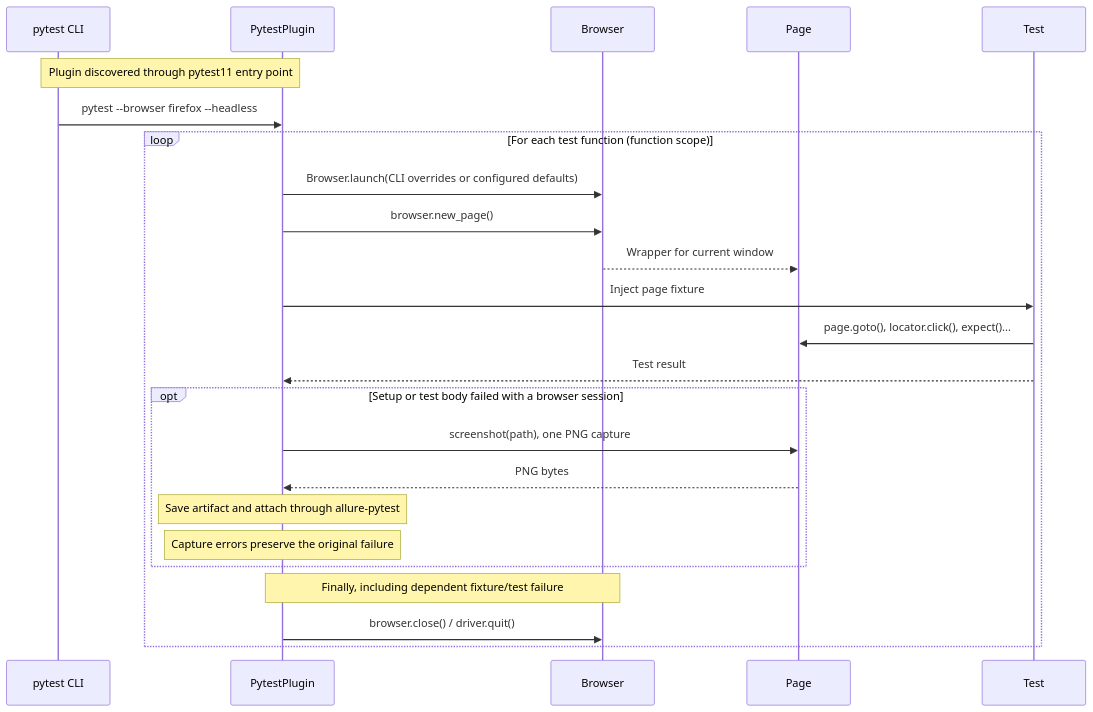
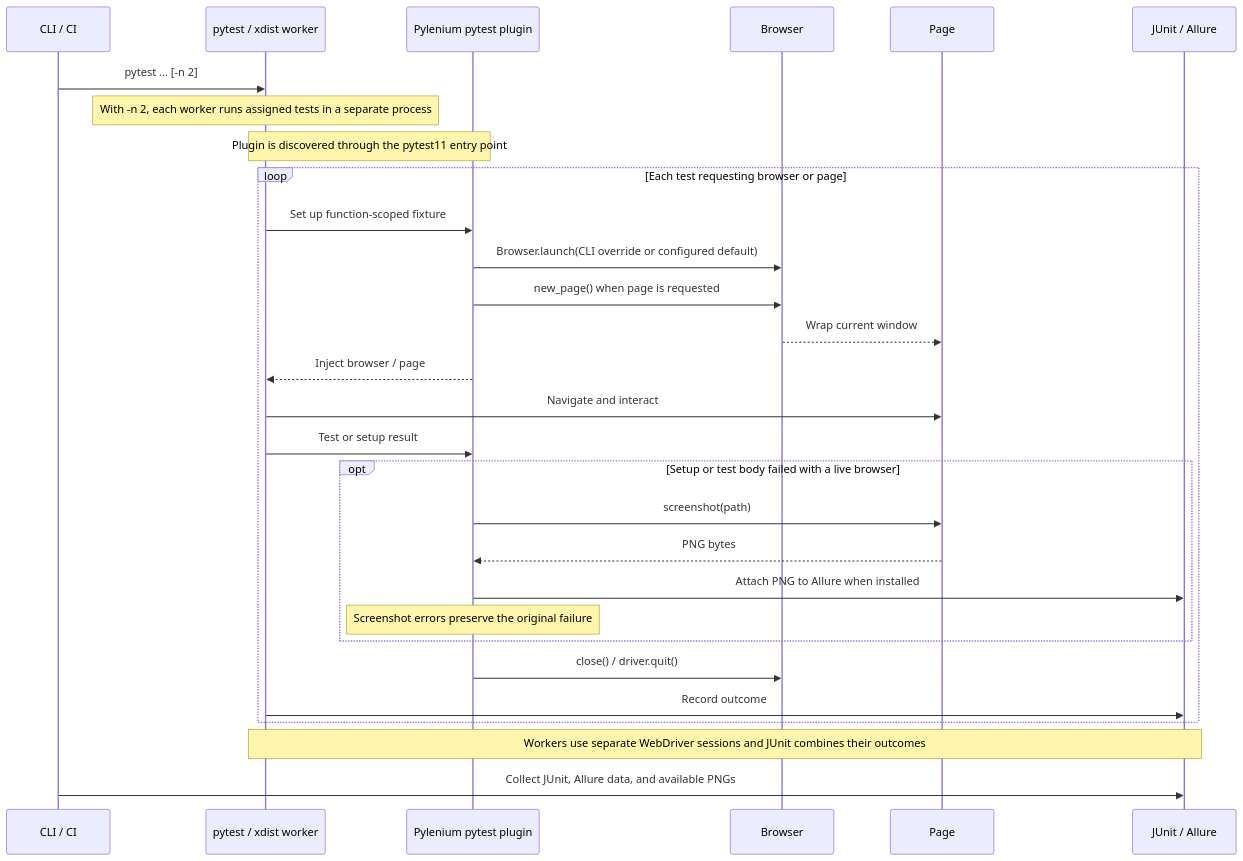
One commit to AGDthuannguyen/Sele3-Aug2026 changed the diagram in diagram/lifecycle.md. Above: the diagram before and after it, drawn with Mermaid. The commit also changed 4 other files, not shown here.

````diff
--- a/diagram/lifecycle.md
+++ b/diagram/lifecycle.md
@@ -1,32 +3,36 @@
 ```mermaid
 sequenceDiagram
-    participant CLI as pytest CLI
-    participant Plugin as PytestPlugin
+    participant Runner as CLI / CI
+    participant Pytest as pytest / xdist worker
+    participant Plugin as Pylenium pytest plugin
     participant Browser
     participant Page
-    participant Test
+    participant Results as JUnit / Allure
 
-    Note over CLI,Plugin: Plugin discovered through pytest11 entry point
-    CLI->>Plugin: pytest --browser firefox --headless
+    Runner->>Pytest: pytest ... [-n 2]
+    Note over Pytest: With -n 2, each worker runs assigned tests in a separate process
+    Note over Pytest,Plugin: Plugin is discovered through the pytest11 entry point
 
-    loop For each test function (function scope)
-        Plugin->>Browser: Browser.launch(CLI overrides or configured defaults)
-        Plugin->>Browser: browser.new_page()
-        Browser-->>Page: Wrapper for current window
+    loop Each test requesting browser or page
+        Pytest->>Plugin: Set up function-scoped fixture
+        Plugin->>Browser: Browser.launch(CLI override or configured default)
+        Plugin->>Browser: new_page() when page is requested
+        Browser-->>Page: Wrap current window
+        Plugin-->>Pytest: Inject browser / page
+        Pytest->>Page: Navigate and interact
+        Pytest->>Plugin: Test or setup result
 
-        Plugin->>Test: Inject page fixture
-        Test->>Page: page.goto(), locator.click(), expect()...
-        Test-->>Plugin: Test result
-
-        opt Setup or test body failed with a browser session
-            Plugin->>Page: screenshot(path), one PNG capture
+        opt Setup or test body failed with a live browser
+            Plugin->>Page: screenshot(path)
             Page-->>Plugin: PNG bytes
-            Note over Plugin: Save artifact and attach through allure-pytest
-            Note over Plugin: Capture errors preserve the original failure
+            Plugin->>Results: Attach PNG to Allure when installed
+            Note over Plugin: Screenshot errors preserve the original failure
         end
 
-        Note over Plugin,Browser: Finally, including dependent fixture/test failure
-        Plugin->>Browser: browser.close() / driver.quit()
+        Plugin->>Browser: close() / driver.quit()
+        Pytest->>Results: Record outcome
     end
 
+    Note over Pytest,Results: Workers use separate WebDriver sessions and JUnit combines their outcomes
+    Runner->>Results: Collect JUnit, Allure data, and available PNGs
 ```
````
